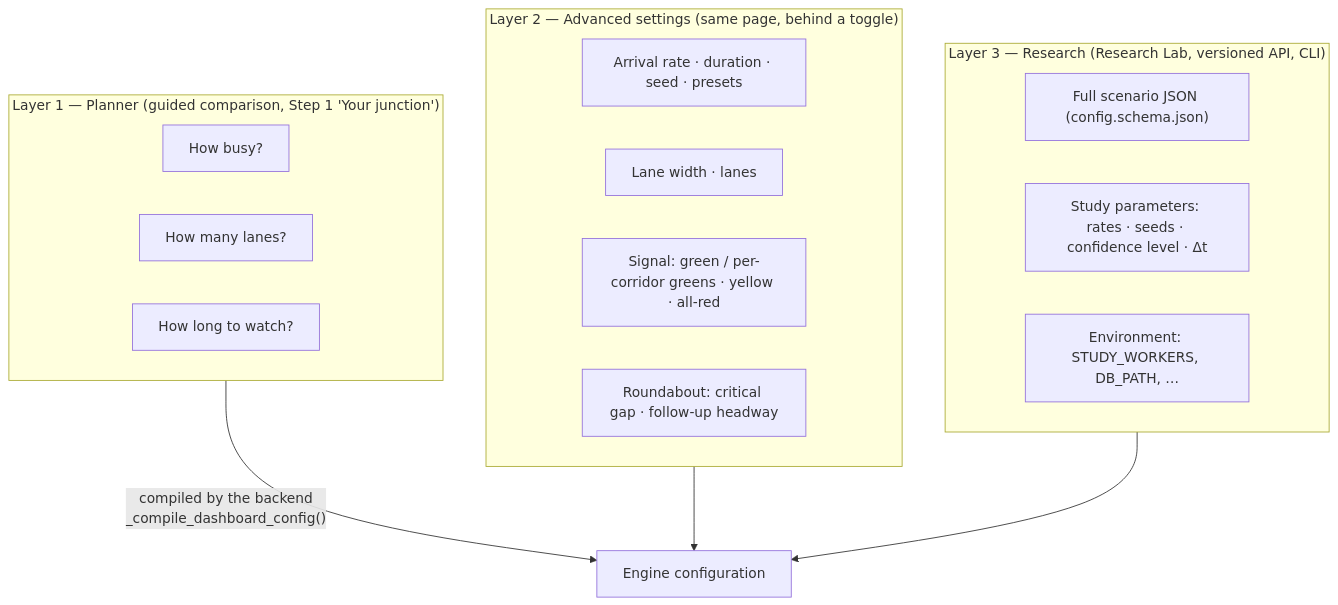
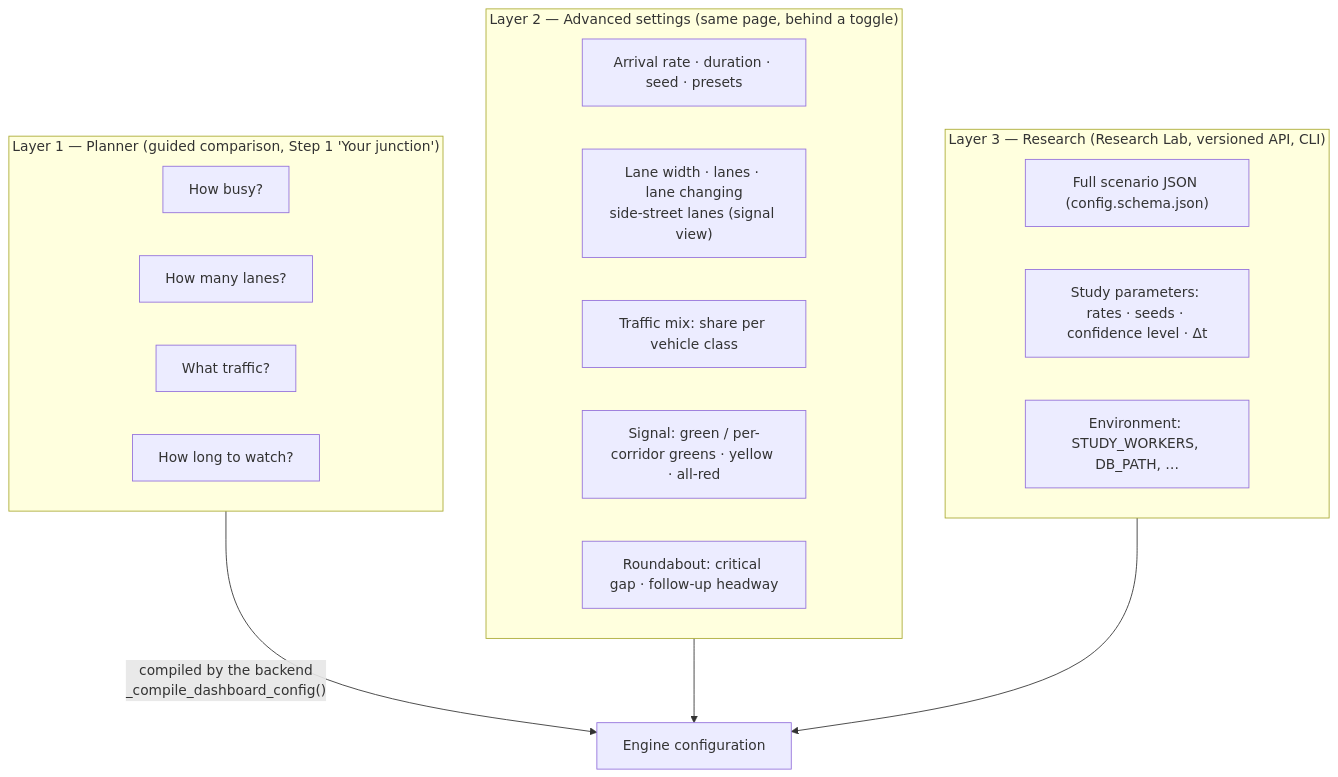
One commit to Viraj281105/Traffic-Simulation changed the diagram in docs/simulation/configuration.md. Above: the diagram before and after it, drawn with Mermaid. The commit also changed other lines of this file and 59 other files, not shown here.

````diff
--- a/docs/simulation/configuration.md
+++ b/docs/simulation/configuration.md
@@ -8,22 +8,24 @@
 ```mermaid
 flowchart TB
     subgraph L1["Layer 1 — Planner (guided comparison, Step 1 'Your junction')"]
         P1["How busy?"]
         P2["How many lanes?"]
+        P4["What traffic?"]
         P3["How long to watch?"]
     end
     subgraph L2["Layer 2 — Advanced settings (same page, behind a toggle)"]
         A1["Arrival rate · duration · seed · presets"]
-        A2["Lane width · lanes"]
+        A2["Lane width · lanes · lane changing<br/>side-street lanes (signal view)"]
+        A5["Traffic mix: share per vehicle class"]
         A3["Signal: green / per-corridor greens · yellow · all-red"]
         A4["Roundabout: critical gap · follow-up headway"]
     end
     subgraph L3["Layer 3 — Research (Research Lab, versioned API, CLI)"]
         R1["Full scenario JSON (config.schema.json)"]
         R2["Study parameters: rates · seeds · confidence level · Δt"]
         R3["Environment: STUDY_WORKERS, DB_PATH, …"]
     end
     L1 -->|"compiled by the backend<br/>_compile_dashboard_config()"| ENG["Engine configuration"]
     L2 --> ENG
     L3 --> ENG
 ```
````
